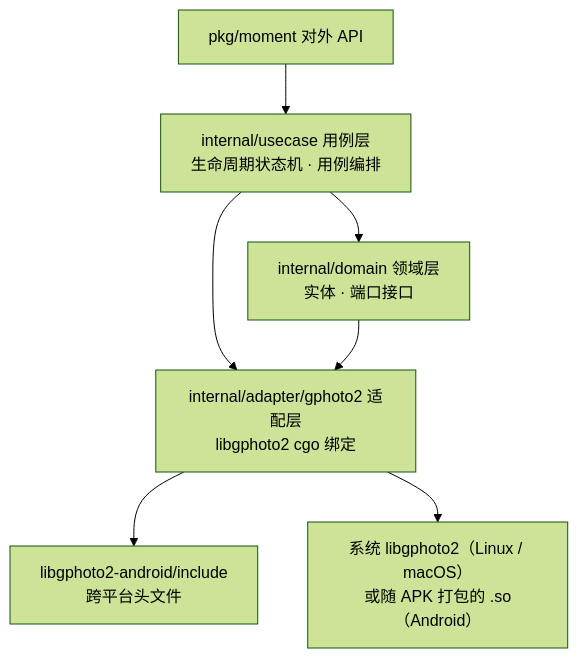
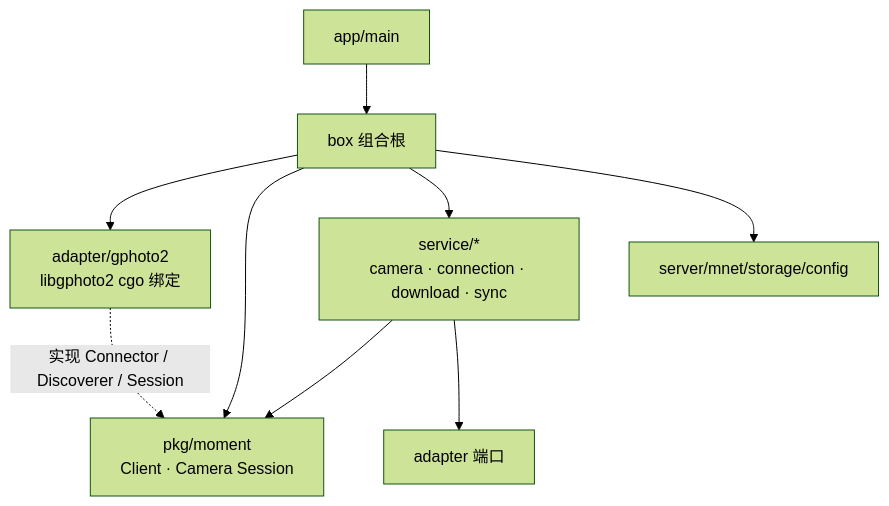
The first of 2 diagrams in README.md (zviex/moment-go), drawn with Mermaid (forest theme) before and after one commit. The commit also changed other lines of this file and 54 other files, not shown here.

Commit message:
refactor: remove unused registry and client packages, streamline service initialization

````diff
--- a/README.md
+++ b/README.md
@@ -19,9 +19,11 @@
 ```mermaid
 graph TD
-    A[pkg/moment 对外 API] --> B[internal/usecase 用例层<br/>生命周期状态机 · 用例编排]
-    B --> C[internal/domain 领域层<br/>实体 · 端口接口]
-    B --> D[internal/adapter/gphoto2 适配层<br/>libgphoto2 cgo 绑定]
-    C --> D
-    D --> E[libgphoto2-android/include<br/>跨平台头文件]
-    D --> F[系统 libgphoto2（Linux / macOS）<br/>或随 APK 打包的 .so（Android）]
+    A[app/main] --> B[box 组合根]
+    B --> C[adapter/gphoto2<br/>libgphoto2 cgo 绑定]
+    B --> D[pkg/moment<br/>Client · Camera Session]
+    B --> E[service/*<br/>camera · connection · download · sync]
+    B --> F[server/mnet/storage/config]
+    E --> D
+    E --> G[adapter 端口]
+    C -. 实现 Connector / Discoverer / Session .-> D
 ```
````
